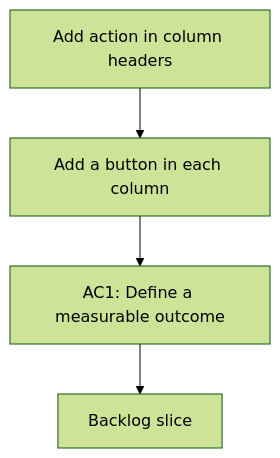
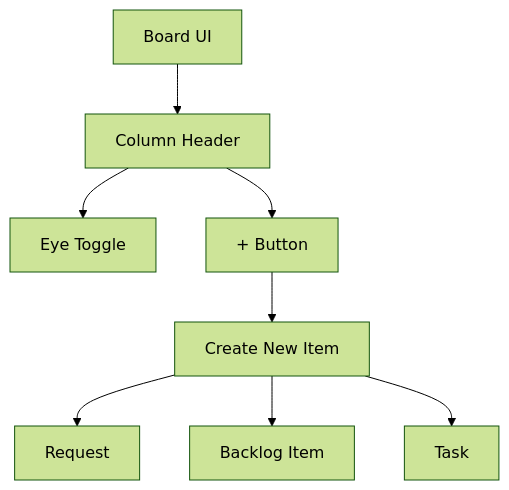
Before and after one commit to AlexAgo83/logics-manager: the diagram in logics/request/req_001_add_column_add_button.md, drawn with Mermaid (forest theme). The commit also changed other lines of this file and 54 other files, not shown here.

````diff
--- a/logics/request/req_001_add_column_add_button.md
+++ b/logics/request/req_001_add_column_add_button.md
@@ -7,8 +7,12 @@
 ```mermaid
 %% logics-kind: request
 %% logics-signature: request|add-action-in-column-headers|add-a-button-in-each-column|ac1-define-a-measurable-outcome
 flowchart TD
-    Trigger[Add action in column headers] --> Need[Add a button in each column]
-    Need --> Outcome[AC1: Define a measurable outcome]
-    Outcome --> Backlog[Backlog slice]
+    A[Board UI] --> B[Column Header]
+    B --> C[Eye Toggle]
+    B --> D[+ Button]
+    D --> E[Create New Item]
+    E --> F[Request]
+    E --> G[Backlog Item]
+    E --> H[Task]
 ```
````
